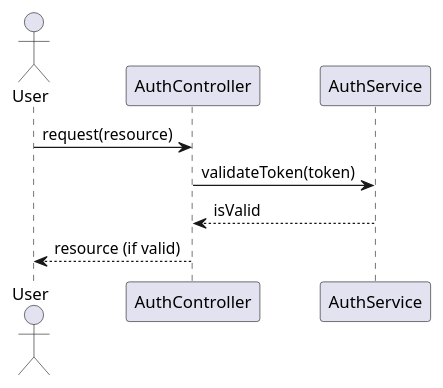
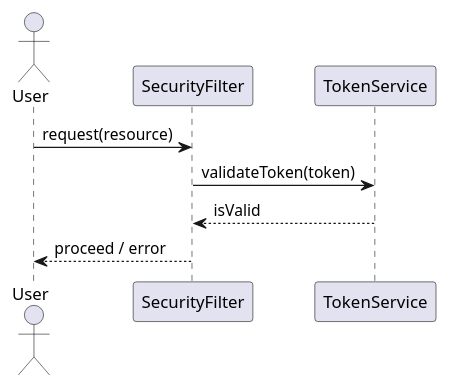
The third of 6 diagrams in enrollment/documentation/detaileddesign.adoc (Dinesh-s95/AutoDoc.ai), drawn with PlantUML before and after one commit. The commit also changed other lines of this file and 4 other files, not shown here.

```diff
--- a/enrollment/documentation/detaileddesign.adoc
+++ b/enrollment/documentation/detaileddesign.adoc
@@ -226,13 +226,13 @@
 [plantuml, jwt-validation-sequence, png]
 ----
 @startuml
 actor User
-participant "AuthController" as Controller
-participant "AuthService" as Service
+participant "SecurityFilter" as Filter
+participant "TokenService" as TokenSvc
 
-User -> Controller : request(resource)
-Controller -> Service : validateToken(token)
-Service --> Controller : isValid
-Controller --> User : resource (if valid)
+User -> Filter : request(resource)
+Filter -> TokenSvc : validateToken(token)
+TokenSvc --> Filter : isValid
+Filter --> User : proceed / error
 @enduml
 ----
```
